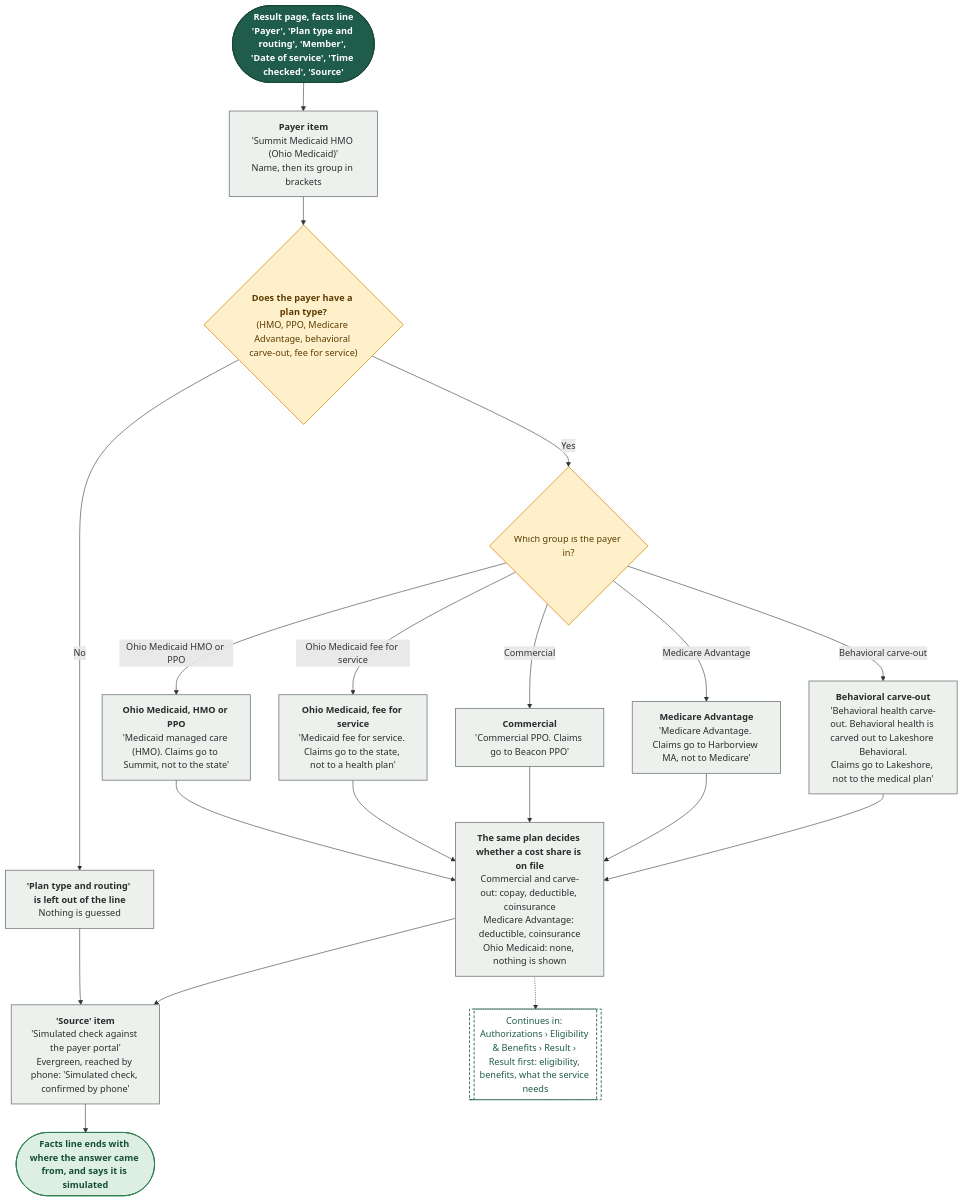
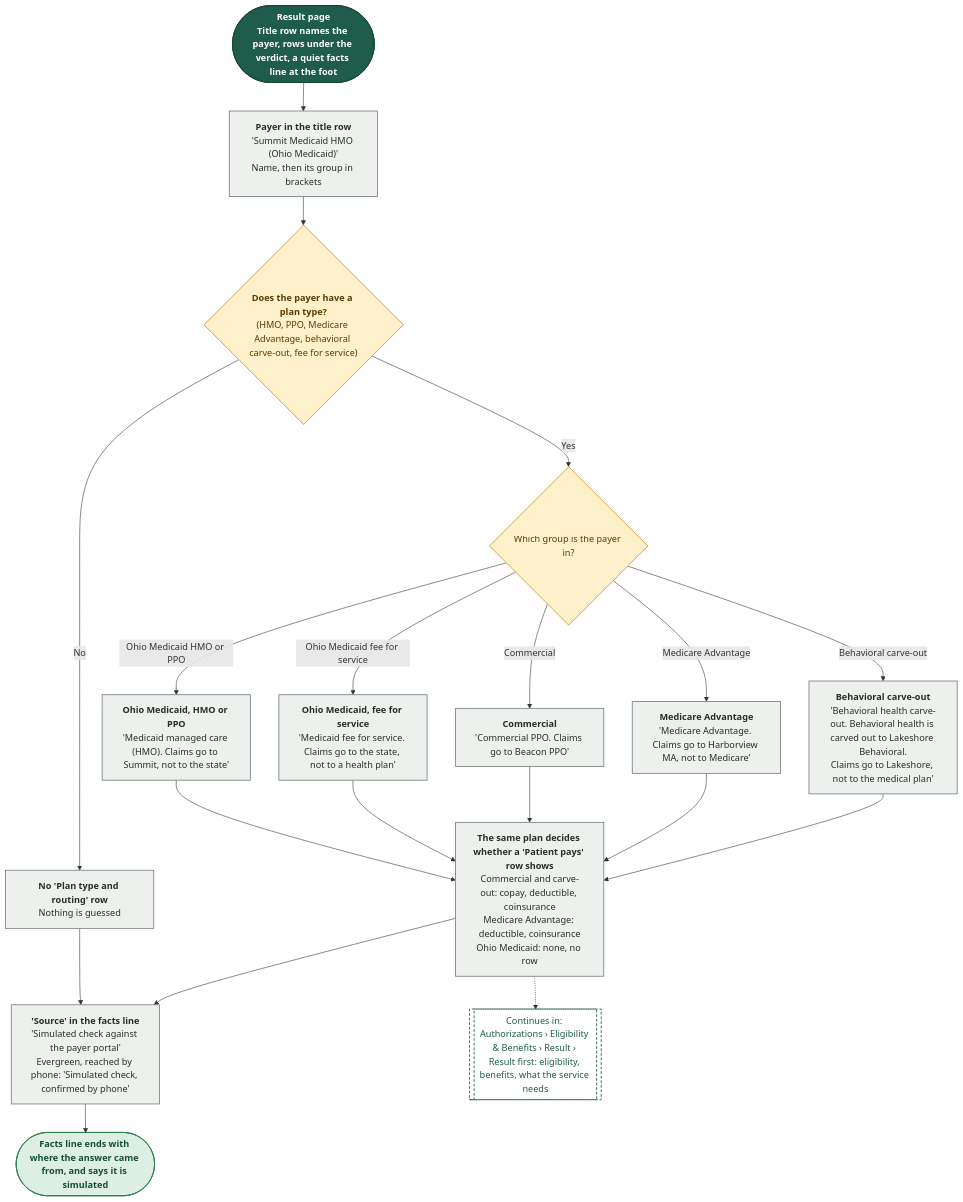
Diagram 19 of 28 in demos/prior-auth-demo/workflows/out/md/05-eligibility.md (Shrav143/psyfloapp), drawn with Mermaid before and after one commit. The commit also changed other lines of this file and 202 other files, not shown here.

First line of the commit message:
docs: round 6 README, CONVENTIONS, spec section 17, diagram module blurbs and 336 rebuilt diagrams

````diff
--- a/demos/prior-auth-demo/workflows/out/md/05-eligibility.md
+++ b/demos/prior-auth-demo/workflows/out/md/05-eligibility.md
@@ -1506,49 +1523,49 @@
 ```mermaid
 %%{init: {"theme":"base","themeVariables":{"fontFamily":"'DM Sans', 'Segoe UI', system-ui, sans-serif","fontSize":"15px","lineColor":"#5B6B63","primaryTextColor":"#1C2B25","clusterBkg":"#FBF8F3","clusterBorder":"#D9CDBB","edgeLabelBackground":"#FFFFFF"},"flowchart":{"curve":"basis","nodeSpacing":36,"rankSpacing":48,"padding":12,"htmlLabels":true,"useMaxWidth":false,"wrappingWidth":230}} }%%
 flowchart TD
   classDef k_start fill:#1F5C4B,stroke:#174638,color:#FFFFFF,stroke-width:1.5px,font-weight:600
   classDef k_end fill:#DDEFE3,stroke:#2E7D4F,color:#14502F,stroke-width:1.5px,font-weight:600
   classDef k_endx fill:#FBE3E0,stroke:#C0392B,color:#7A1F16,stroke-width:1.5px,font-weight:600
   classDef k_screen fill:#FFFDF8,stroke:#1F5C4B,color:#1C2B25,stroke-width:2px
   classDef k_overlay fill:#F1F7F3,stroke:#1F5C4B,color:#1C2B25,stroke-width:2px,stroke-dasharray:5 3
   classDef k_click fill:#DCEBFA,stroke:#2F6DB5,color:#12365F,stroke-width:1.5px
   classDef k_input fill:#E4E7FF,stroke:#4C5FD5,color:#1D2670,stroke-width:1.5px
   classDef k_process fill:#EEF0EE,stroke:#7A857F,color:#26302B,stroke-width:1.5px
   classDef k_agent fill:#EEE5FA,stroke:#7A4FC2,color:#341A63,stroke-width:1.5px
   classDef k_decision fill:#FFF0CC,stroke:#D9962B,color:#5C3B00,stroke-width:1.5px
   classDef k_store fill:#D5F0EA,stroke:#1C8E7B,color:#0B4A3F,stroke-width:1.5px
   classDef k_doc fill:#F6E9DC,stroke:#B07A4C,color:#4A2E14,stroke-width:1.5px
   classDef k_ext fill:#FFE6D2,stroke:#E07B39,color:#6B2F06,stroke-width:1.5px
   classDef k_wait fill:#E4E8EE,stroke:#6B7C93,color:#26303D,stroke-width:1.5px
   classDef k_toast fill:#FFF9DB,stroke:#C9A400,color:#5A4A00,stroke-width:1.5px
   classDef k_goto fill:#FFFFFF,stroke:#1F5C4B,color:#1F5C4B,stroke-width:1.5px,stroke-dasharray:5 3
-  s1@{ shape: stadium, label: "<b>Result page, facts line</b><br/>'Payer', 'Plan type and routing', 'Member', 'Date of service', 'Time checked', 'Source'" }
-  pl@{ shape: rect, label: "<b>Payer item</b><br/>'Summit Medicaid HMO (Ohio Medicaid)'<br/>Name, then its group in brackets" }
+  s1@{ shape: stadium, label: "<b>Result page</b><br/>Title row names the payer, rows under the verdict, a quiet facts line at the foot" }
+  pl@{ shape: rect, label: "<b>Payer in the title row</b><br/>'Summit Medicaid HMO (Ohio Medicaid)'<br/>Name, then its group in brackets" }
   d0@{ shape: diam, label: "<b>Does the payer have a plan type?</b><br/>(HMO, PPO, Medicare Advantage, behavioral carve-out, fee for service)" }
-  none@{ shape: rect, label: "<b>'Plan type and routing' is left out of the line</b><br/>Nothing is guessed" }
+  none@{ shape: rect, label: "<b>No 'Plan type and routing' row</b><br/>Nothing is guessed" }
   d1@{ shape: diam, label: "Which group is the payer in?" }
   m1@{ shape: rect, label: "<b>Ohio Medicaid, HMO or PPO</b><br/>'Medicaid managed care (HMO). Claims go to Summit, not to the state'" }
   m2@{ shape: rect, label: "<b>Ohio Medicaid, fee for service</b><br/>'Medicaid fee for service. Claims go to the state, not to a health plan'" }
   c1@{ shape: rect, label: "<b>Commercial</b><br/>'Commercial PPO. Claims go to Beacon PPO'" }
   a1@{ shape: rect, label: "<b>Medicare Advantage</b><br/>'Medicare Advantage. Claims go to Harborview MA, not to Medicare'" }
   b1@{ shape: rect, label: "<b>Behavioral carve-out</b><br/>'Behavioral health carve-out. Behavioral health is carved out to Lakeshore Behavioral.<br/>Claims go to Lakeshore, not to the medical plan'" }
-  cost@{ shape: rect, label: "<b>The same plan decides whether a cost share is on file</b><br/>Commercial and carve-out: copay, deductible, coinsurance<br/>Medicare Advantage: deductible, coinsurance<br/>Ohio Medicaid: none, nothing is shown" }
-  src@{ shape: rect, label: "<b>'Source' item</b><br/>'Simulated check against the payer portal'<br/>Evergreen, reached by phone: 'Simulated check, confirmed by phone'" }
+  cost@{ shape: rect, label: "<b>The same plan decides whether a 'Patient pays' row shows</b><br/>Commercial and carve-out: copay, deductible, coinsurance<br/>Medicare Advantage: deductible, coinsurance<br/>Ohio Medicaid: none, no row" }
+  src@{ shape: rect, label: "<b>'Source' in the facts line</b><br/>'Simulated check against the payer portal'<br/>Evergreen, reached by phone: 'Simulated check, confirmed by phone'" }
   e1@{ shape: stadium, label: "Facts line ends with where the answer came from, and says it is simulated" }
   g1@{ shape: subproc, label: "Continues in: Authorizations › Eligibility & Benefits › Result › Result first: eligibility, benefits, what the service needs" }
   s1 --> pl --> d0
   d0 -->|"No"| none --> src
   d0 -->|"Yes"| d1
   d1 -->|"Ohio Medicaid HMO or PPO"| m1 --> cost
   d1 -->|"Ohio Medicaid fee for service"| m2 --> cost
   d1 -->|"Commercial"| c1 --> cost
   d1 -->|"Medicare Advantage"| a1 --> cost
   d1 -->|"Behavioral carve-out"| b1 --> cost
   cost --> src --> e1
   cost -.-> g1
   class s1 k_start
   class pl,none,m1,m2,c1,a1,b1,cost,src k_process
   class d0,d1 k_decision
   class e1 k_end
   class g1 k_goto
 ```
````
